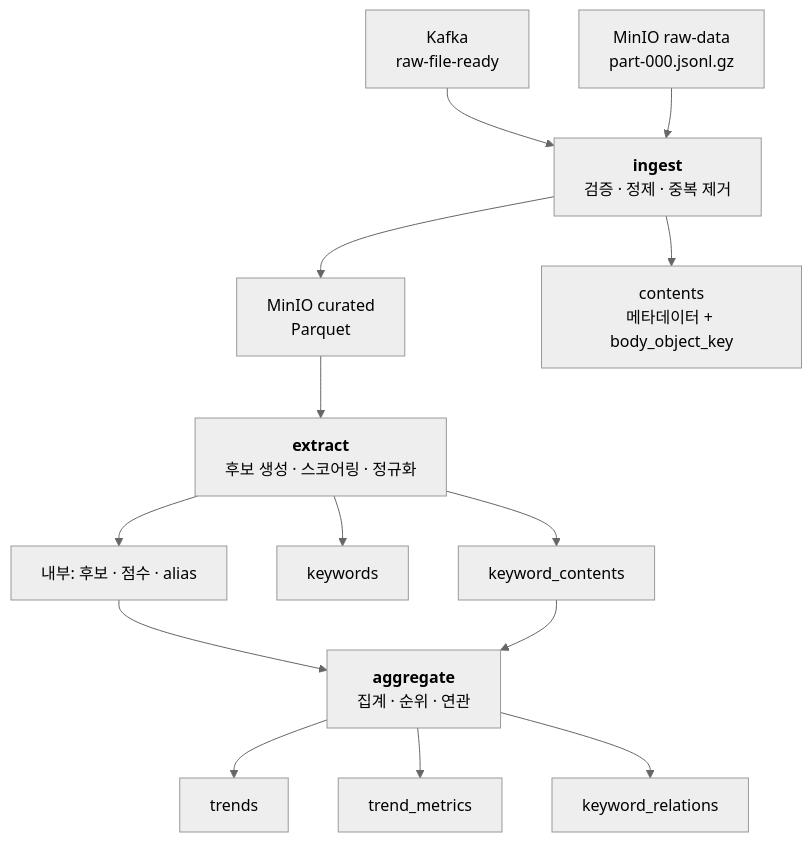
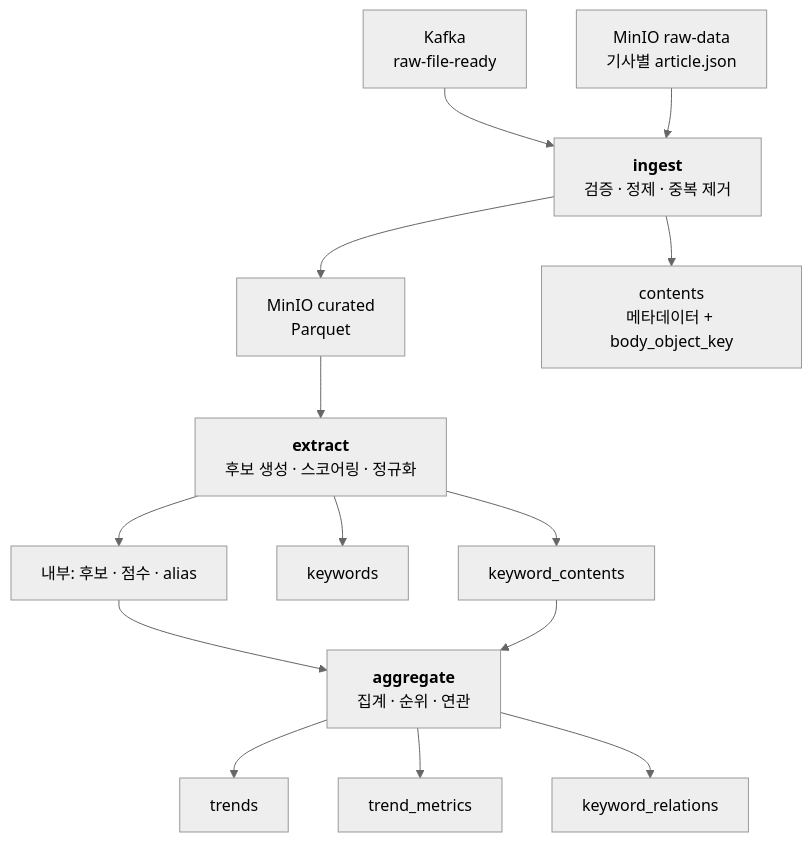
One commit to gyeolhan0789/TrendIn changed the diagram in pipeline/spark/docs/01-architecture.md. Above: the diagram before and after it, drawn with Mermaid (neutral theme). The commit also changed other lines of this file and 13 other files, not shown here.

````diff
--- a/pipeline/spark/docs/01-architecture.md
+++ b/pipeline/spark/docs/01-architecture.md
@@ -49,20 +49,20 @@
 ```mermaid
 flowchart TD
     K["Kafka<br/>raw-file-ready"] --> ING
-    RAW["MinIO raw-data<br/>part-000.jsonl.gz"] --> ING
+    RAW["MinIO raw-data<br/>기사별 article.json"] --> ING
 
     ING["<b>ingest</b><br/>검증 · 정제 · 중복 제거"]
     ING --> CUR["MinIO curated<br/>Parquet"]
     ING --> C1["contents<br/>메타데이터 + body_object_key"]
 
     CUR --> EXT["<b>extract</b><br/>후보 생성 · 스코어링 · 정규화"]
     EXT --> I1["내부: 후보 · 점수 · alias"]
     EXT --> C3["keywords"]
     EXT --> C4["keyword_contents"]
 
     I1 --> AGG["<b>aggregate</b><br/>집계 · 순위 · 연관"]
     C4 --> AGG
     AGG --> C5["trends"]
     AGG --> C6["trend_metrics"]
     AGG --> C7["keyword_relations"]
 ```
````
